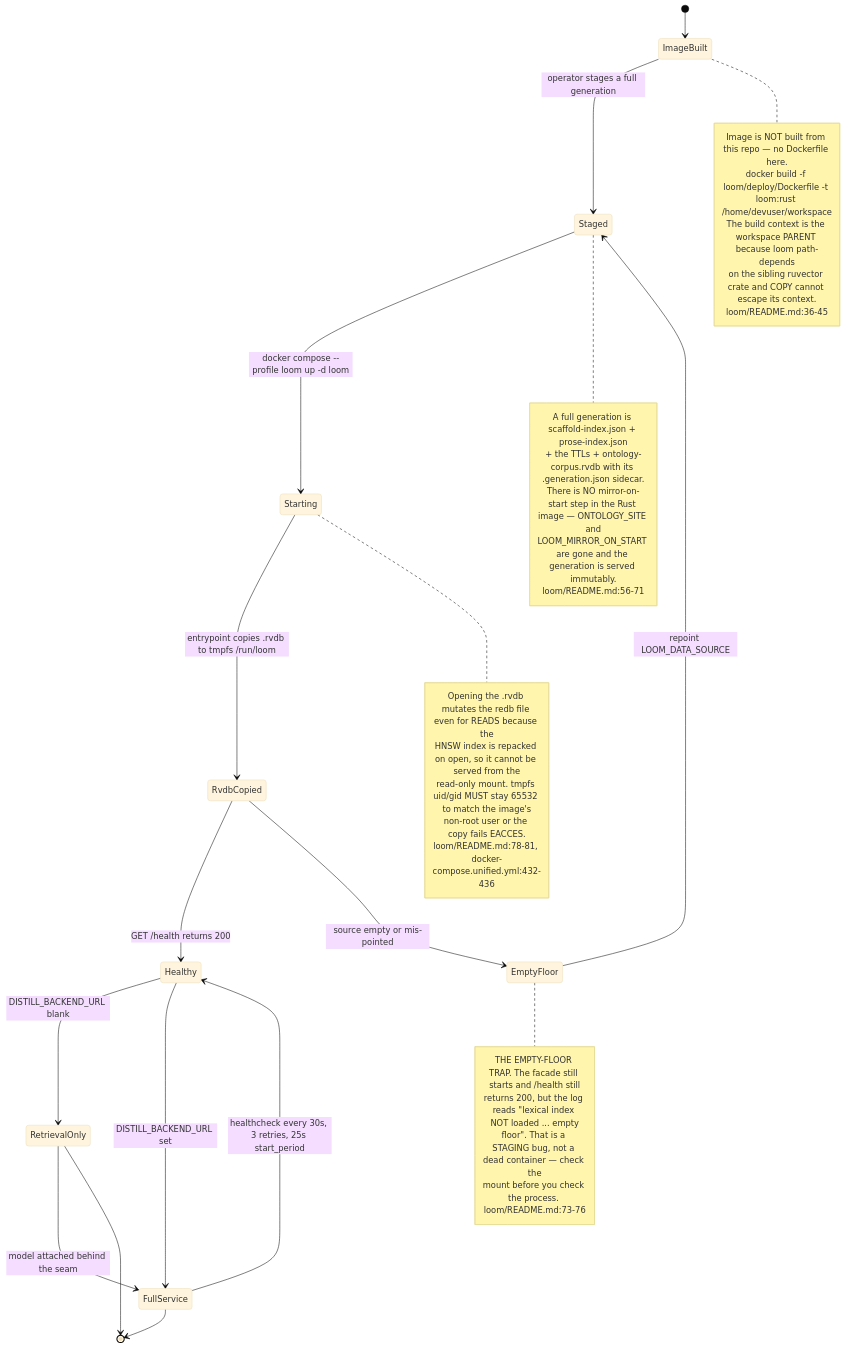
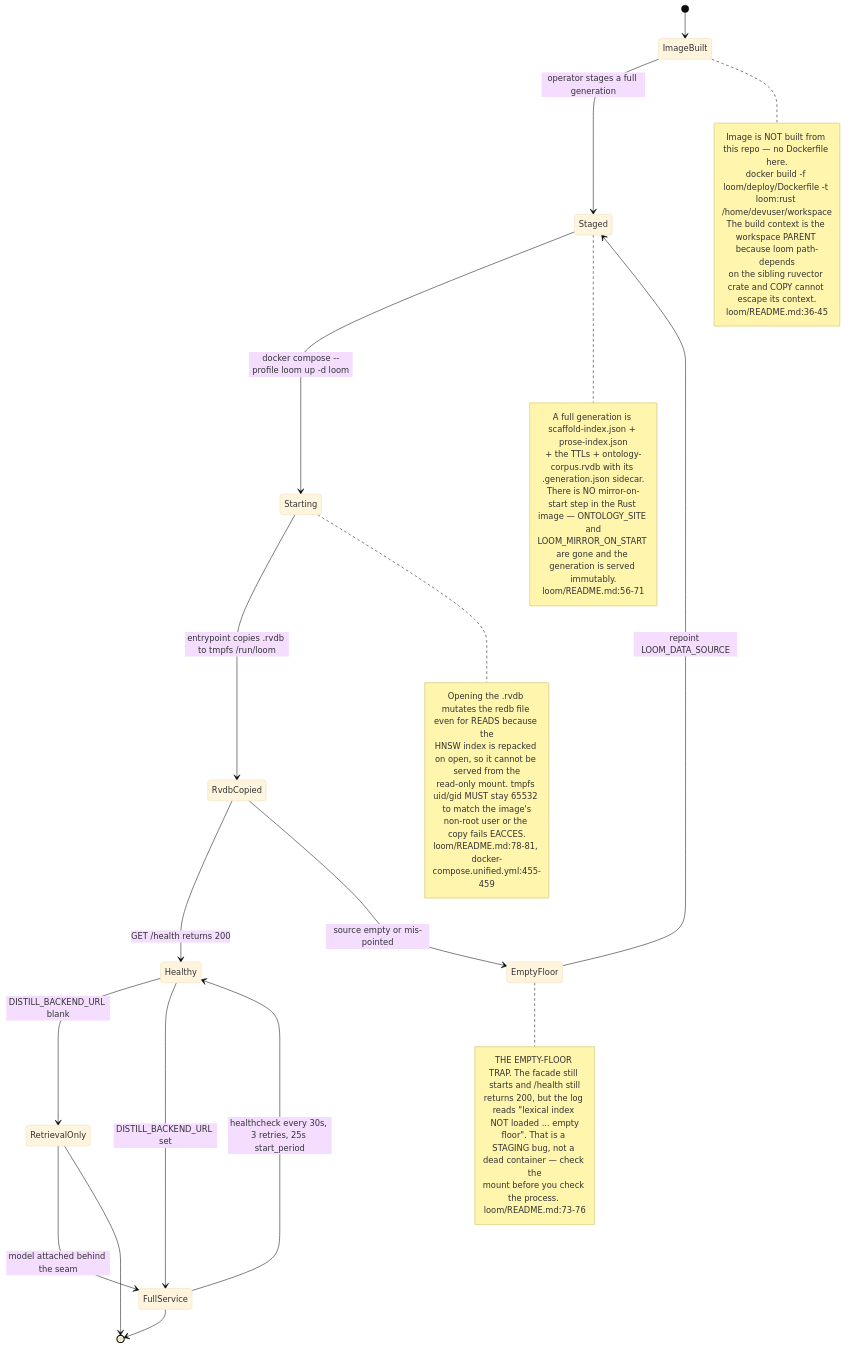
One commit to DreamLab-AI/VisionFlow changed the seventh of 14 diagrams in docs/diagrams/agentbox/24-loom-facade.md. Above: the diagram before and after it, drawn with Mermaid (base theme). The commit also changed other lines of this file and 7 other files, not shown here.

````diff
--- a/docs/diagrams/agentbox/24-loom-facade.md
+++ b/docs/diagrams/agentbox/24-loom-facade.md
@@ -292,43 +292,43 @@
 ```mermaid
 stateDiagram-v2
     [*] --> ImageBuilt
     ImageBuilt --> Staged : operator stages a full generation
     note right of ImageBuilt
         Image is NOT built from this repo — no Dockerfile here.
         docker build -f loom/deploy/Dockerfile -t loom:rust /home/devuser/workspace
         The build context is the workspace PARENT because loom path-depends
         on the sibling ruvector crate and COPY cannot escape its context.
         loom/README.md:36-45
     end note
     Staged --> Starting : docker compose --profile loom up -d loom
     note right of Staged
         A full generation is scaffold-index.json + prose-index.json
         + the TTLs + ontology-corpus.rvdb with its .generation.json sidecar.
         There is NO mirror-on-start step in the Rust image — ONTOLOGY_SITE and
         LOOM_MIRROR_ON_START are gone and the generation is served immutably.
         loom/README.md:56-71
     end note
     Starting --> RvdbCopied : entrypoint copies .rvdb to tmpfs /run/loom
     note right of Starting
         Opening the .rvdb mutates the redb file even for READS because the
         HNSW index is repacked on open, so it cannot be served from the
         read-only mount. tmpfs uid/gid MUST stay 65532 to match the image's
         non-root user or the copy fails EACCES.
-        loom/README.md:78-81, docker-compose.unified.yml:432-436
+        loom/README.md:78-81, docker-compose.unified.yml:455-459
     end note
     RvdbCopied --> Healthy : GET /health returns 200
     RvdbCopied --> EmptyFloor : source empty or mis-pointed
     note right of EmptyFloor
         THE EMPTY-FLOOR TRAP. The facade still starts and /health still
         returns 200, but the log reads "lexical index NOT loaded ... empty
         floor". That is a STAGING bug, not a dead container — check the
         mount before you check the process. loom/README.md:73-76
     end note
     EmptyFloor --> Staged : repoint LOOM_DATA_SOURCE
     Healthy --> RetrievalOnly : DISTILL_BACKEND_URL blank
     Healthy --> FullService : DISTILL_BACKEND_URL set
     RetrievalOnly --> FullService : model attached behind the seam
     FullService --> Healthy : healthcheck every 30s, 3 retries, 25s start_period
     RetrievalOnly --> [*]
     FullService --> [*]
 ```
````
